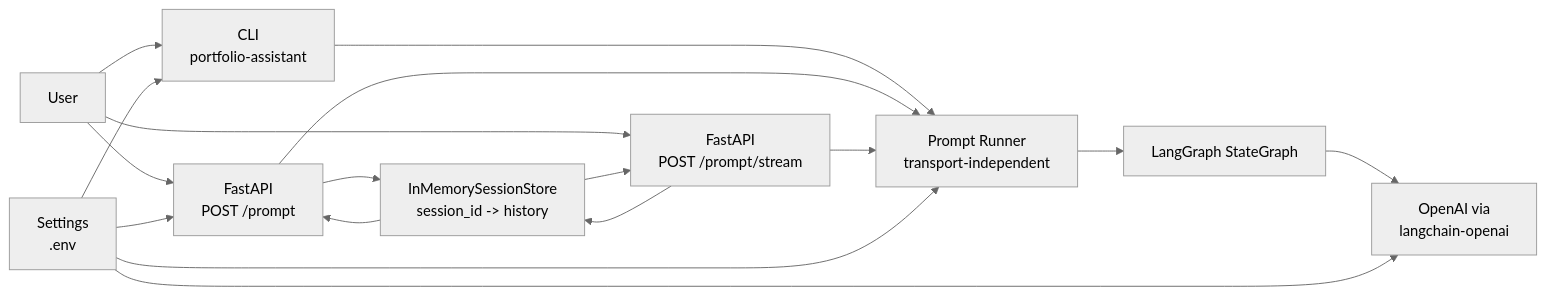
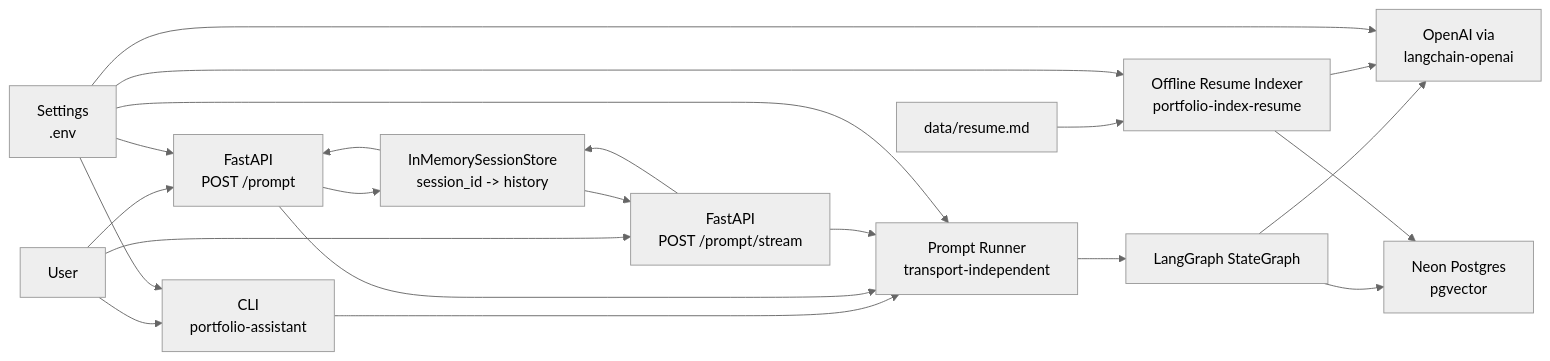
Before and after one commit to yubi00/portfolio-assistant-langgraph: the first of 5 diagrams in LANGGRAPH_ARCHITECTURE.md, drawn with Mermaid (neutral theme). The commit also changed other lines of this file and 10 other files, not shown here.

````diff
--- a/LANGGRAPH_ARCHITECTURE.md
+++ b/LANGGRAPH_ARCHITECTURE.md
@@ -32,29 +32,37 @@
 ```mermaid
 flowchart LR
     User["User"]
     CLI["CLI\nportfolio-assistant"]
     API["FastAPI\nPOST /prompt"]
     StreamAPI["FastAPI\nPOST /prompt/stream"]
     Runner["Prompt Runner\ntransport-independent"]
     Graph["LangGraph StateGraph"]
     Sessions["InMemorySessionStore\nsession_id -> history"]
     OpenAI["OpenAI via\nlangchain-openai"]
+    Neon["Neon Postgres\npgvector"]
+    Indexer["Offline Resume Indexer\nportfolio-index-resume"]
+    ResumeFile["data/resume.md"]
     Config["Settings\n.env"]
 
     User --> CLI
     User --> API
     User --> StreamAPI
     CLI --> Runner
     API --> Runner
     StreamAPI --> Runner
     Runner --> Graph
     API --> Sessions
     StreamAPI --> Sessions
     Sessions --> API
     Sessions --> StreamAPI
     Graph --> OpenAI
+    Graph --> Neon
+    ResumeFile --> Indexer
+    Indexer --> OpenAI
+    Indexer --> Neon
     Config --> CLI
     Config --> API
     Config --> Runner
     Config --> OpenAI
+    Config --> Indexer
 ```
````
